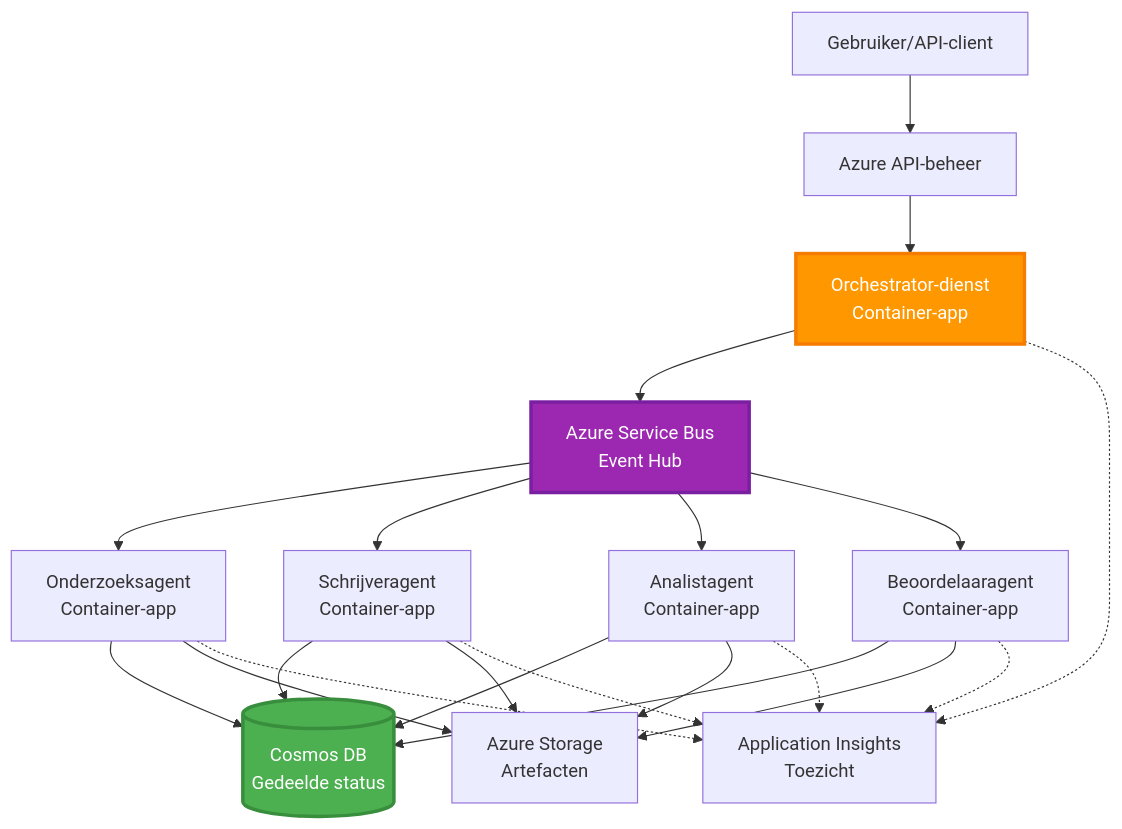
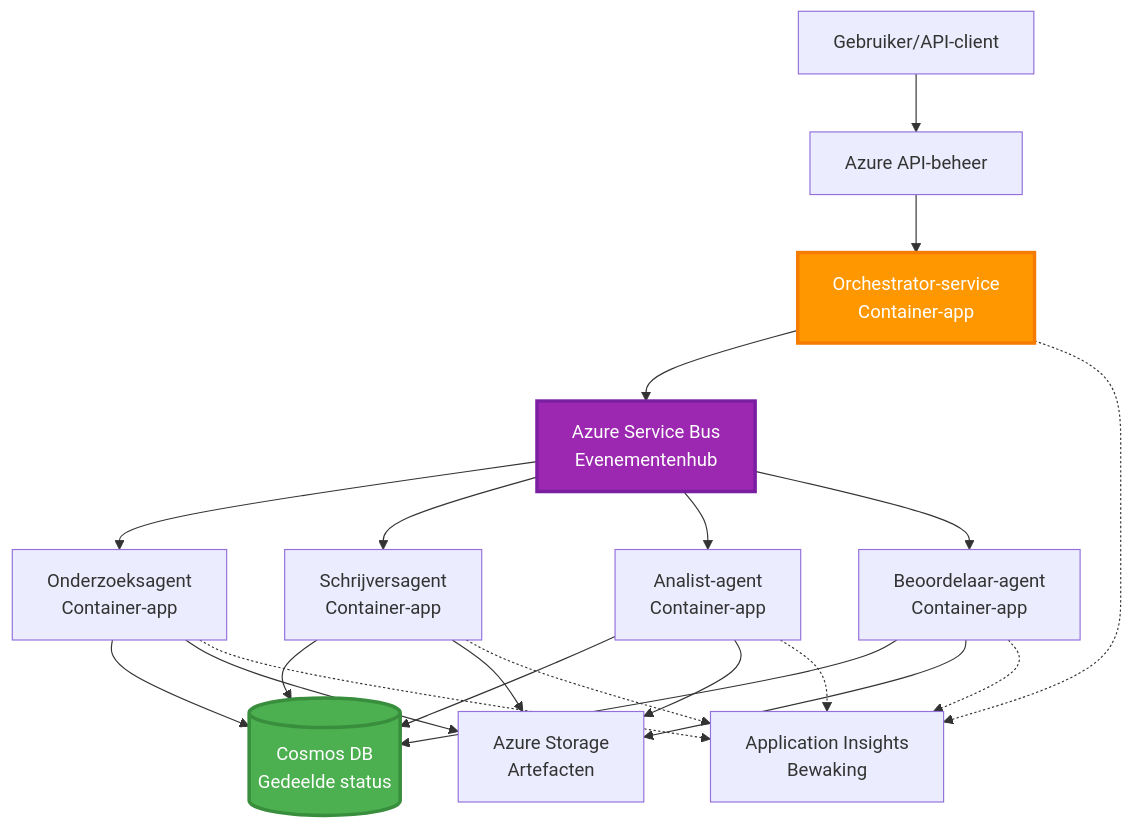
Before and after one commit to microsoft/AZD-for-beginners: the sixth of 6 diagrams in translations/nl/docs/chapter-06-pre-deployment/coordination-patterns.md, drawn with Mermaid. The commit also changed other lines of this file and 101 other files, not shown here.

````diff
--- a/translations/nl/docs/chapter-06-pre-deployment/coordination-patterns.md
+++ b/translations/nl/docs/chapter-06-pre-deployment/coordination-patterns.md
@@ -271,45 +266,45 @@
 ```mermaid
 graph TB
     User[Gebruiker/API-client]
     APIM[Azure API-beheer]
-    Orchestrator[Orchestrator-dienst<br/>Container-app]
-    ServiceBus[Azure Service Bus<br/>Event Hub]
+    Orchestrator[Orchestrator-service<br/>Container-app]
+    ServiceBus[Azure Service Bus<br/>Evenementenhub]
     
     Agent1[Onderzoeksagent<br/>Container-app]
-    Agent2[Schrijveragent<br/>Container-app]
-    Agent3[Analistagent<br/>Container-app]
-    Agent4[Beoordelaaragent<br/>Container-app]
+    Agent2[Schrijversagent<br/>Container-app]
+    Agent3[Analist-agent<br/>Container-app]
+    Agent4[Beoordelaar-agent<br/>Container-app]
     
     CosmosDB[(Cosmos DB<br/>Gedeelde status)]
     Storage[Azure Storage<br/>Artefacten]
-    AppInsights[Application Insights<br/>Toezicht]
+    AppInsights[Application Insights<br/>Bewaking]
     
     User --> APIM
     APIM --> Orchestrator
     
     Orchestrator --> ServiceBus
     ServiceBus --> Agent1
     ServiceBus --> Agent2
     ServiceBus --> Agent3
     ServiceBus --> Agent4
     
     Agent1 --> CosmosDB
     Agent2 --> CosmosDB
     Agent3 --> CosmosDB
     Agent4 --> CosmosDB
     
     Agent1 --> Storage
     Agent2 --> Storage
     Agent3 --> Storage
     Agent4 --> Storage
     
     Orchestrator -.-> AppInsights
     Agent1 -.-> AppInsights
     Agent2 -.-> AppInsights
     Agent3 -.-> AppInsights
     Agent4 -.-> AppInsights
     
     style Orchestrator fill:#FF9800,stroke:#F57C00,stroke-width:3px,color:#fff
     style ServiceBus fill:#9C27B0,stroke:#7B1FA2,stroke-width:3px,color:#fff
     style CosmosDB fill:#4CAF50,stroke:#388E3C,stroke-width:3px,color:#fff
 ```
````
